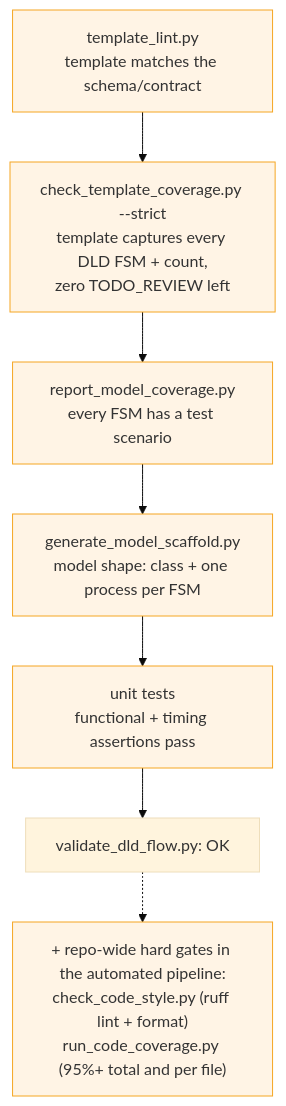
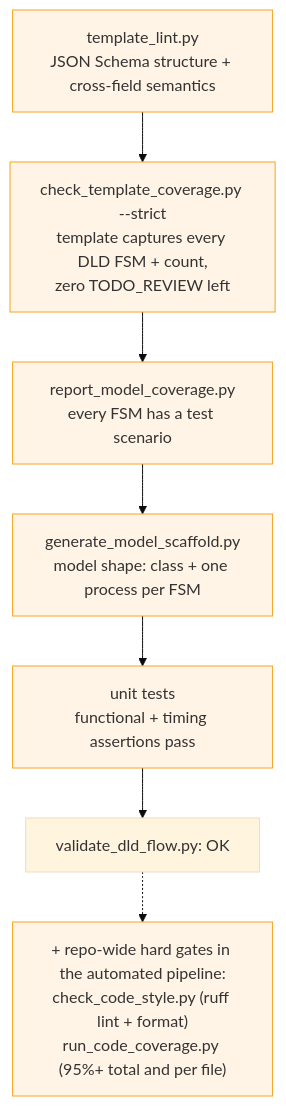
One commit to kushkumar16/ip_model_automation changed the sixth of 8 diagrams in docs/project_overview.md. Above: the diagram before and after it, drawn with Mermaid (base theme). The commit also changed other lines of this file and 7 other files, not shown here.

First line of the commit message:
Make the JSON Schema load-bearing and parse templates instead of regexing them

````diff
--- a/docs/project_overview.md
+++ b/docs/project_overview.md
@@ -418,15 +433,15 @@
 ```mermaid
 flowchart TD
-    G1["template_lint.py<br/>template matches the schema/contract"]
+    G1["template_lint.py<br/>JSON Schema structure + cross-field semantics"]
     G2["check_template_coverage.py --strict<br/>template captures every DLD FSM + count,<br/>zero TODO_REVIEW left"]
     G3["report_model_coverage.py<br/>every FSM has a test scenario"]
     G4["generate_model_scaffold.py<br/>model shape: class + one process per FSM"]
     G5["unit tests<br/>functional + timing assertions pass"]
 
     G1 --> G2 --> G3 --> G4 --> G5
     G5 --> OK["validate_dld_flow.py: OK"]
     OK -.-> R["+ repo-wide hard gates in the automated pipeline:<br/>check_code_style.py (ruff lint + format)<br/>run_code_coverage.py (95%+ total and per file)"]
 
     classDef gate fill:#fff4e5,stroke:#f5a623;
     class G1,G2,G3,G4,G5,R gate;
 ```
````
